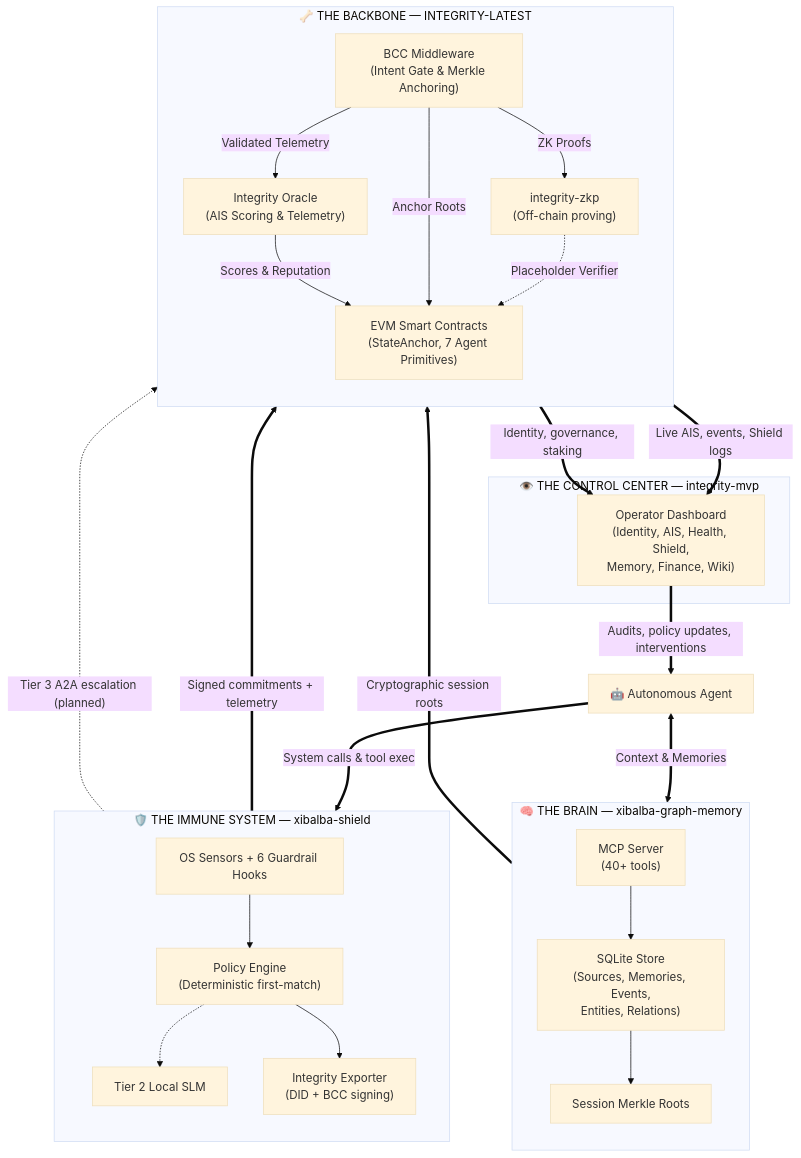
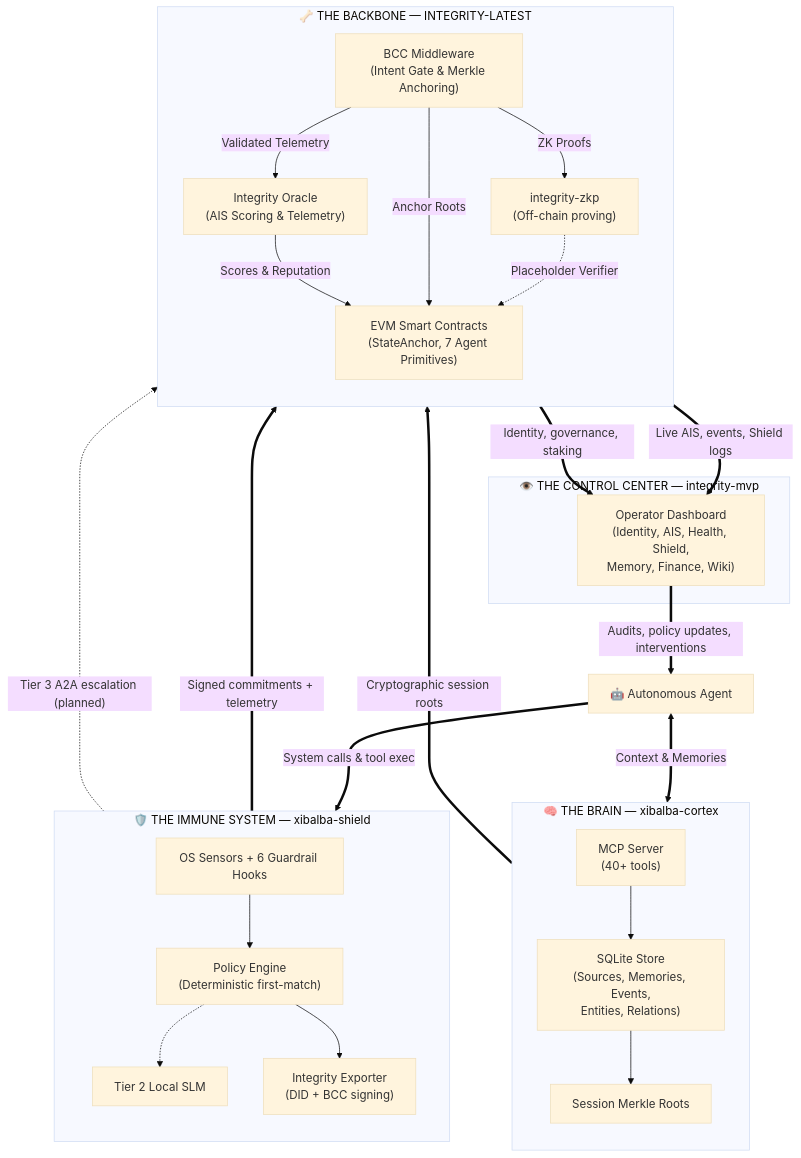
Before and after one commit to XibalbaTechSol/integrity-core: the second of 2 diagrams in SPECIFICATION.md, drawn with Mermaid (base theme). The commit also changed other lines of this file and 22 other files, not shown here.

First line of the commit message:
Update cross-repo references for xibalba-graph-memory -> xibalba-cortex rename

````diff
--- a/SPECIFICATION.md
+++ b/SPECIFICATION.md
@@ -146,49 +146,49 @@
 ```mermaid
 flowchart TD
-    subgraph Brain["🧠 THE BRAIN — xibalba-graph-memory"]
+    subgraph Brain["🧠 THE BRAIN — xibalba-cortex"]
         direction TB
         MCP["MCP Server<br/>(40+ tools)"]
         MemStore["SQLite Store<br/>(Sources, Memories, Events,<br/>Entities, Relations)"]
         MerkleRoot["Session Merkle Roots"]
         MCP --> MemStore --> MerkleRoot
     end
 
     subgraph Immune["🛡️ THE IMMUNE SYSTEM — xibalba-shield"]
         direction TB
         Sensors["OS Sensors + 6 Guardrail Hooks"]
         PolicyEng["Policy Engine<br/>(Deterministic first-match)"]
         SLM["Tier 2 Local SLM"]
         ShieldExporter["Integrity Exporter<br/>(DID + BCC signing)"]
         Sensors --> PolicyEng
         PolicyEng -.-> SLM
         PolicyEng --> ShieldExporter
     end
 
     subgraph Backbone["🦴 THE BACKBONE — INTEGRITY-LATEST"]
         direction TB
         BCC["BCC Middleware<br/>(Intent Gate & Merkle Anchoring)"]
         Oracle["Integrity Oracle<br/>(AIS Scoring & Telemetry)"]
         Chain["EVM Smart Contracts<br/>(StateAnchor, 7 Agent Primitives)"]
         ZK["integrity-zkp<br/>(Off-chain proving)"]
         BCC -->|Validated Telemetry| Oracle
         Oracle -->|Scores & Reputation| Chain
         BCC -->|Anchor Roots| Chain
         BCC -->|ZK Proofs| ZK
         ZK -.->|Placeholder Verifier| Chain
     end
 
     subgraph Eyes["👁️ THE CONTROL CENTER — integrity-mvp"]
         MVP["Operator Dashboard<br/>(Identity, AIS, Health, Shield,<br/>Memory, Finance, Wiki)"]
     end
 
     Agent["🤖 Autonomous Agent"]
 
     Agent <===>|"Context & Memories"| MCP
     Agent ===>|"System calls & tool exec"| Sensors
     MerkleRoot ==>|"Cryptographic session roots"| BCC
     ShieldExporter ==>|"Signed commitments + telemetry"| BCC
     Oracle ==>|"Live AIS, events, Shield logs"| MVP
     Chain ==>|"Identity, governance, staking"| MVP
     MVP ==>|"Audits, policy updates, interventions"| Agent
     SLM -.->|"Tier 3 A2A escalation (planned)"| Oracle
 ```
````
